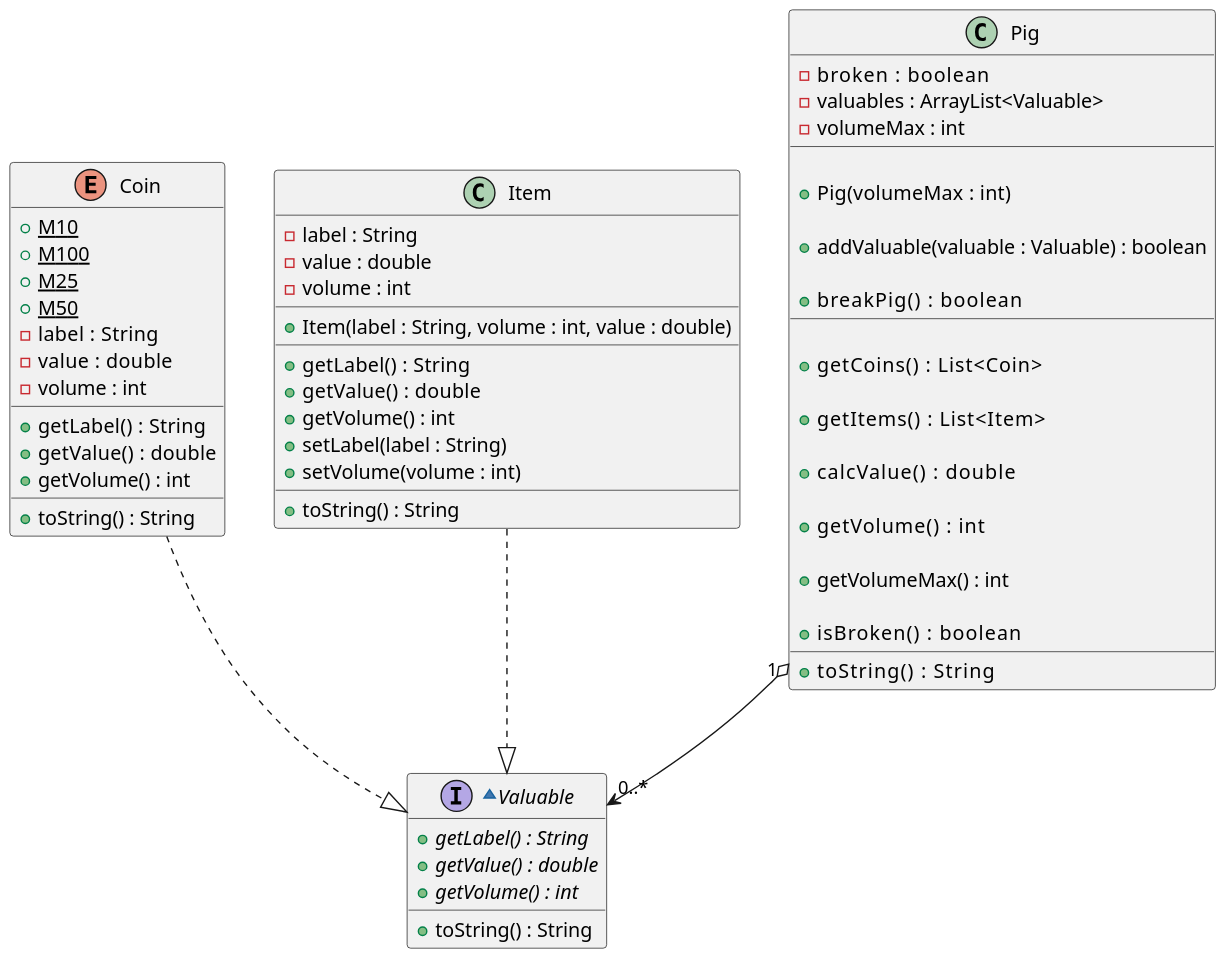
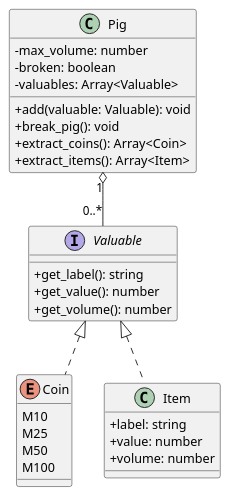
Before and after one commit to qxcodepoo/arcade: the diagram in labs/cofre/assets/diagrama.puml, drawn with PlantUML. The commit also changed other lines of this file and 119 other files, not shown here.

```diff
--- a/labs/cofre/assets/diagrama.puml
+++ b/labs/cofre/assets/diagrama.puml
@@ -2,94 +1,32 @@
 @startuml
+skinparam classAttributeIconSize 0
 
-skinparam defaultFontName "Source Code Pro"
-skinparam dpi 150
-
-
-
-~interface Valuable {
-  + getLabel() : String {abstract}
-  + getValue() : double {abstract}
-  + getVolume() : int {abstract}
-  __
-  + toString() : String
+interface Valuable {
+  + get_label(): string
+  + get_value(): number
+  + get_volume(): number
 }
-
 enum Coin {
-  + M10 {static}
-  + M100 {static}
-  + M25 {static}
-  + M50 {static}
-  - label  : String
-  - value  : double
-  - volume : int
-  __
-  + getLabel()  : String
-  + getValue()  : double
-  + getVolume() : int
-  __
-  + toString() : String
+  M10
+  M25
+  M50
+  M100
 }
-
 class Item {
-  - label : String
-  - value : double
-  - volume : int
-  __
-  + Item(label : String, volume : int, value : double)
-  __
-  + getLabel()  : String
-  + getValue()  : double
-  + getVolume() : int
-  + setLabel(label : String)
-  + setVolume(volume : int)
-  __
-  + toString() : String
+  + label: string
+  + value: number
+  + volume: number
 }
-
 class Pig {
-  - broken    : boolean
-  - valuables : ArrayList<Valuable>
-  - volumeMax : int
-  __
-  
-  ' inicializa as variaveis
-  + Pig(volumeMax  : int)
-  
-  ' verifica se ainda cabe e se couber
-  ' adiciona o elemento no final da lista
-  + addValuable(valuable : Valuable) : boolean
-  
-  ' quebra se já não estiver quebrado
-  + breakPig()     : boolean
-  __
-  
-  ' se estiver quebrado
-  ' pega apenas as moedas, retira-as
-  ' da lista de valuables e as retorna
-  + getCoins()     : List<Coin>
-
-  ' retira e retorna apenas os itens
-  + getItems()     : List<Item>
-
-  ' percorre o vetor de valuables
-  ' somando o valor de todos os elementos
-  + calcValue()     : double
-
-  ' percorre o vetor de valuables
-  ' somando o volume de todos os elementos
-  + getVolume()    : int
-
-  ' retorna o volume max
-  + getVolumeMax() : int
-
-  ' retorna se esta quebrado
-  + isBroken()     : boolean
-  __
-  + toString()     : String
+  - max_volume: number
+  - broken: boolean
+  - valuables: Array<Valuable>
+  + add(valuable: Valuable): void
+  + break_pig(): void
+  + extract_coins(): Array<Coin>
+  + extract_items(): Array<Item>
 }
-
-
-Pig "1" o--> "0..*" Valuable
-Coin ..|> Valuable 
-Item ..|> Valuable 
+Valuable <|.. Coin
+Valuable <|.. Item
+Pig "1" o-- "0..*" Valuable
 @enduml
```
